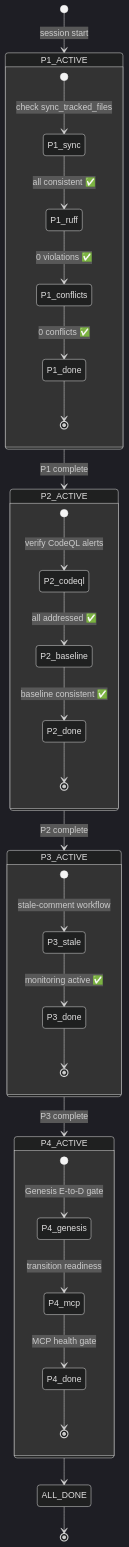
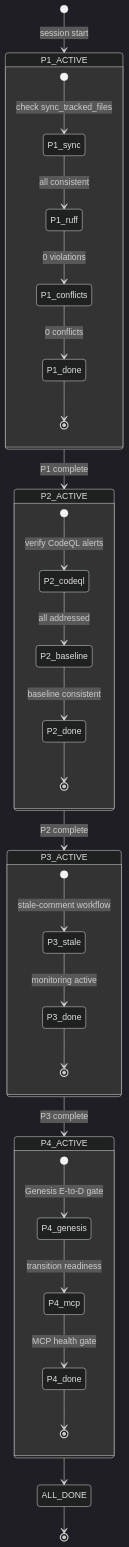
Diagram 24 of 28 in docs/sessions/PR4289_session_diagram.md (Aries-Serpent/_codex_), drawn with Mermaid (dark theme) before and after one commit. The commit also changed other lines of this file and 2029 other files, not shown here.

````diff
--- a/docs/sessions/PR4289_session_diagram.md
+++ b/docs/sessions/PR4289_session_diagram.md
@@ -1100,42 +1102,42 @@
 ```mermaid
 %%{init: {'accessibility': {'title': 'State Diagram showing *, *'}}%%
 stateDiagram-v2
     [*] --> P1_ACTIVE : session start
 
     state P1_ACTIVE {
         [*] --> P1_sync : check sync_tracked_files
-        P1_sync --> P1_ruff : all consistent ✅
-        P1_ruff --> P1_conflicts : 0 violations ✅
-        P1_conflicts --> P1_done : 0 conflicts ✅
+        P1_sync --> P1_ruff : all consistent 
+        P1_ruff --> P1_conflicts : 0 violations 
+        P1_conflicts --> P1_done : 0 conflicts 
         P1_done --> [*]
     }
 
     P1_ACTIVE --> P2_ACTIVE : P1 complete
 
     state P2_ACTIVE {
         [*] --> P2_codeql : verify CodeQL alerts
-        P2_codeql --> P2_baseline : all addressed ✅
-        P2_baseline --> P2_done : baseline consistent ✅
+        P2_codeql --> P2_baseline : all addressed 
+        P2_baseline --> P2_done : baseline consistent 
         P2_done --> [*]
     }
 
     P2_ACTIVE --> P3_ACTIVE : P2 complete
 
     state P3_ACTIVE {
         [*] --> P3_stale : stale-comment workflow
-        P3_stale --> P3_done : monitoring active ✅
+        P3_stale --> P3_done : monitoring active 
         P3_done --> [*]
     }
 
     P3_ACTIVE --> P4_ACTIVE : P3 complete
 
     state P4_ACTIVE {
         [*] --> P4_genesis : Genesis E-to-D gate
         P4_genesis --> P4_mcp : transition readiness
         P4_mcp --> P4_done : MCP health gate
         P4_done --> [*]
     }
 
     P4_ACTIVE --> ALL_DONE
     ALL_DONE --> [*]
 ```
````
